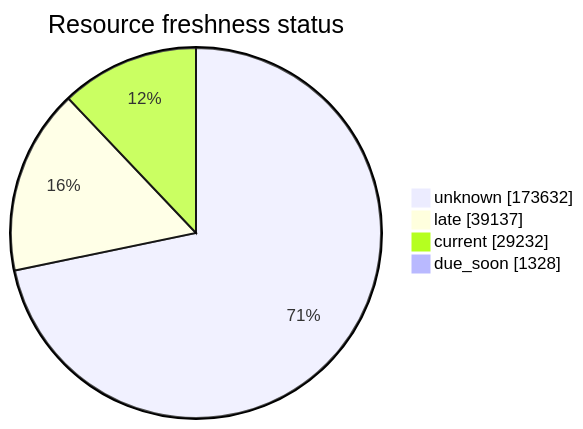
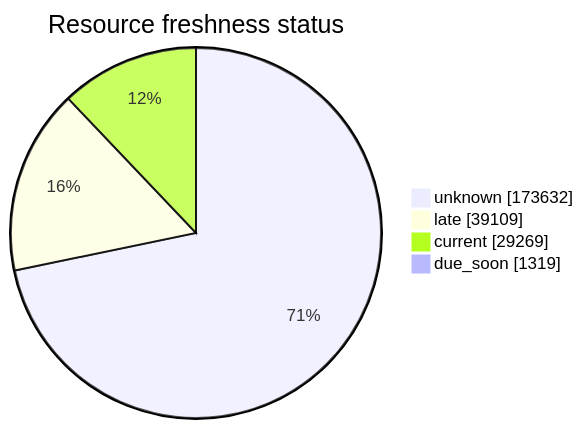
Before and after one commit to open-data/analytics-corporate-reporting: the third of 5 diagrams in FreshCheck/README.md, drawn with Mermaid. The commit also changed other lines of this file and 3 other files, not shown here.

````diff
--- a/FreshCheck/README.md
+++ b/FreshCheck/README.md
@@ -77,7 +77,7 @@
 ```mermaid
 pie showData title Resource freshness status
     "unknown": 173632
-    "late": 39137
-    "current": 29232
-    "due_soon": 1328
+    "late": 39109
+    "current": 29269
+    "due_soon": 1319
 ```
````
